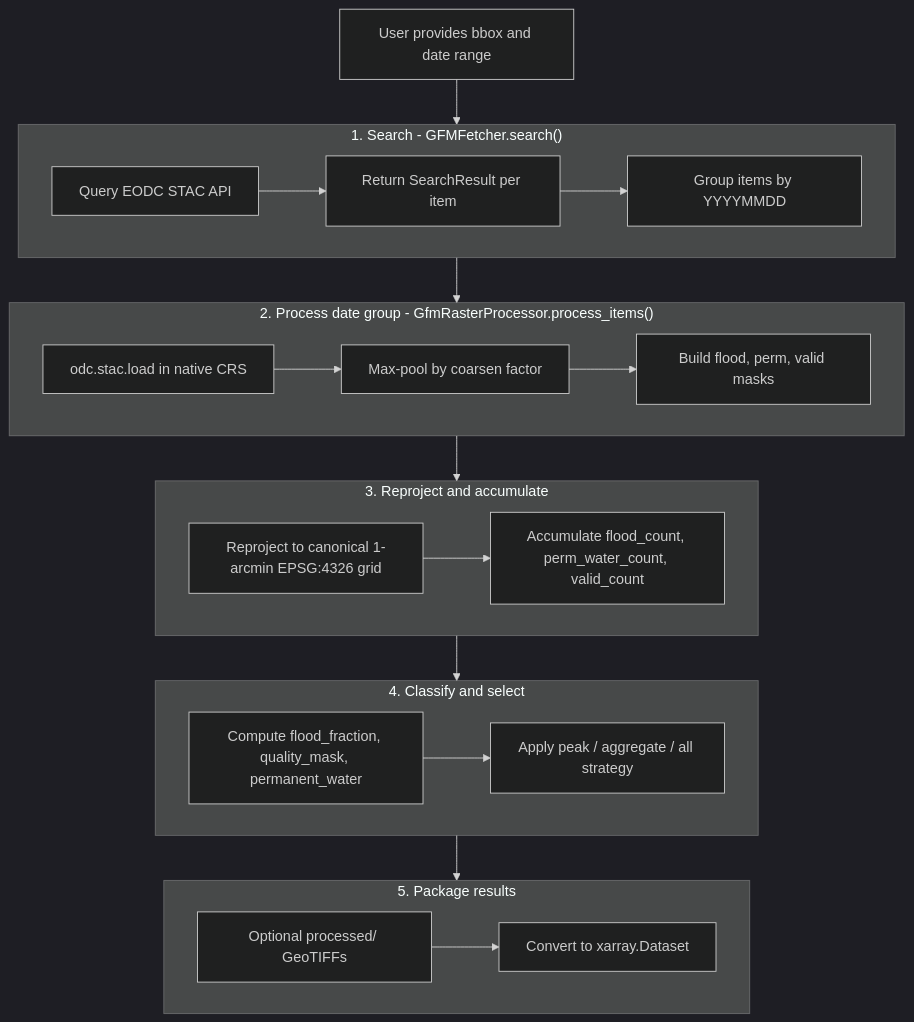
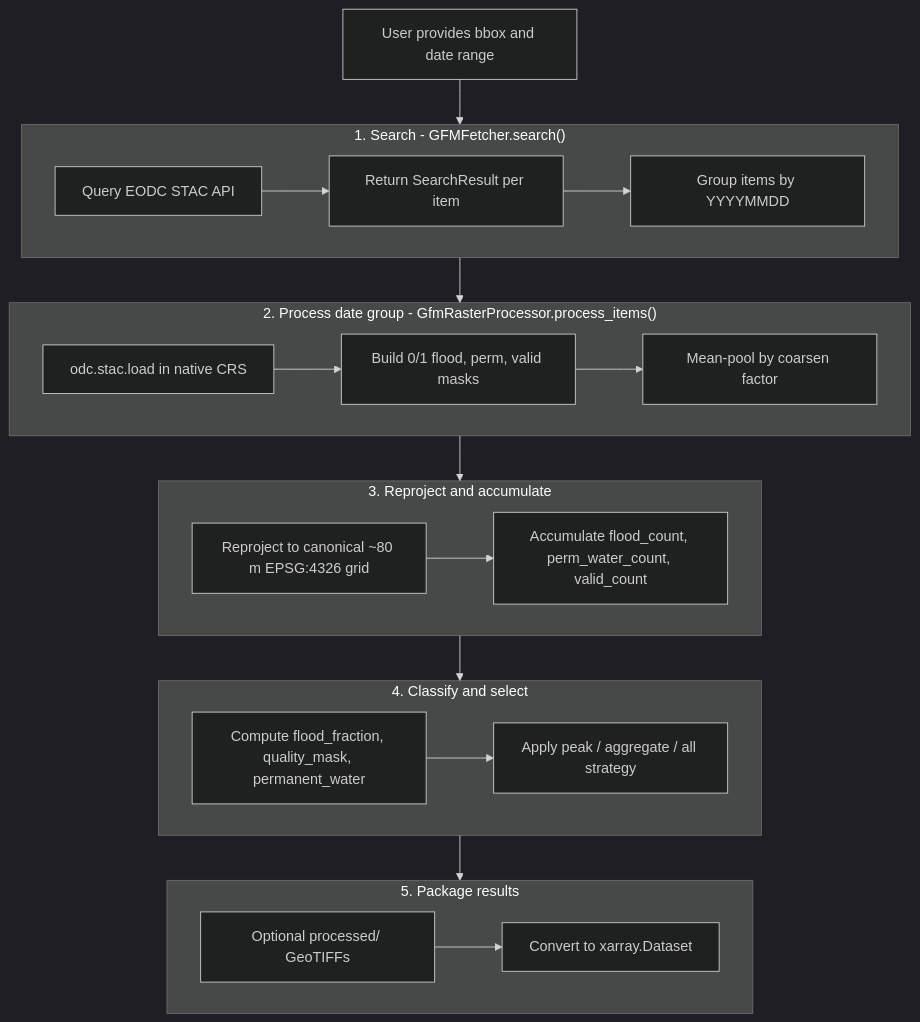
One commit to opageo/atlantis changed the first of 2 diagrams in docs/gfm/internals.md. Above: the diagram before and after it, drawn with Mermaid (dark theme). The commit also changed other lines of this file and 7 other files, not shown here.

````diff
--- a/docs/gfm/internals.md
+++ b/docs/gfm/internals.md
@@ -62,35 +63,35 @@
 ```mermaid
 flowchart TD
     A["User provides bbox and date range"] --> B
     subgraph B["1. Search - GFMFetcher.search()"]
         B1["Query EODC STAC API"]
         B2["Return SearchResult per item"]
         B3["Group items by YYYYMMDD"]
         B1 --> B2 --> B3
     end
     B --> C
     subgraph C["2. Process date group - GfmRasterProcessor.process_items()"]
         C1["odc.stac.load in native CRS"]
-        C2["Max-pool by coarsen factor"]
-        C3["Build flood, perm, valid masks"]
+        C2["Build 0/1 flood, perm, valid masks"]
+        C3["Mean-pool by coarsen factor"]
         C1 --> C2 --> C3
     end
     C --> D
     subgraph D["3. Reproject and accumulate"]
-        D1["Reproject to canonical 1-arcmin EPSG:4326 grid"]
+        D1["Reproject to canonical ~80 m EPSG:4326 grid"]
         D2["Accumulate flood_count, perm_water_count, valid_count"]
         D1 --> D2
     end
     D --> E
     subgraph E["4. Classify and select"]
         E1["Compute flood_fraction, quality_mask, permanent_water"]
         E2["Apply peak / aggregate / all strategy"]
         E1 --> E2
     end
     E --> F
     subgraph F["5. Package results"]
         F1["Optional processed/ GeoTIFFs"]
         F2["Convert to xarray.Dataset"]
         F1 --> F2
     end
 ```
````
